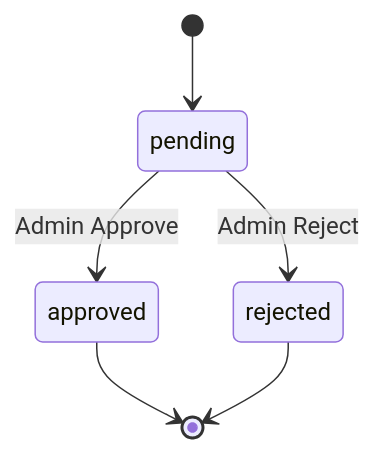
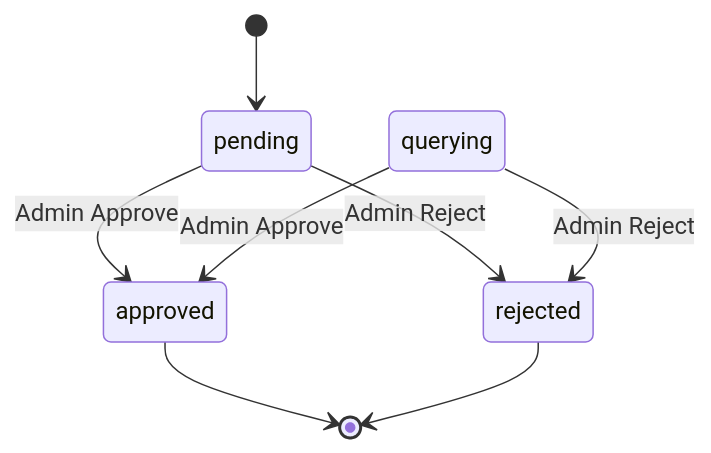
One commit to Innodat/agriplatform changed the third of 4 diagrams in docs/finance/receipt-capturing-frd.md. Above: the diagram before and after it, drawn with Mermaid. The commit also changed other lines of this file and 23 other files, not shown here.

````diff
--- a/docs/finance/receipt-capturing-frd.md
+++ b/docs/finance/receipt-capturing-frd.md
@@ -90,8 +90,10 @@
 ```mermaid
 stateDiagram-v2
   [*] --> pending
   pending --> approved: Admin Approve
   pending --> rejected: Admin Reject
+  querying --> approved: Admin Approve
+  querying --> rejected: Admin Reject
   approved --> [*]
   rejected --> [*]
 ```
````
